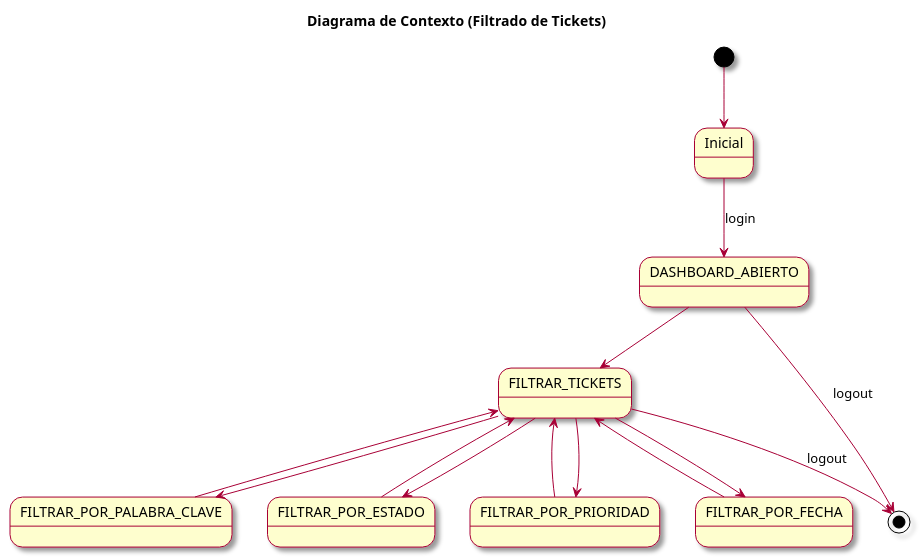
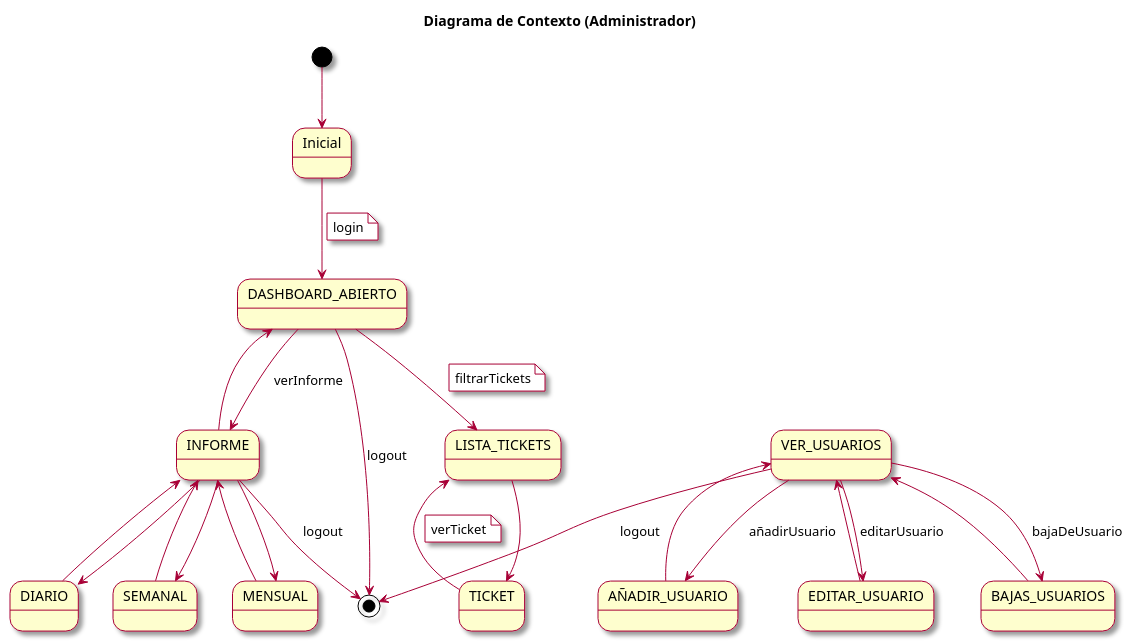
The diagram in modelosUML/DiagramaDeContexto/DiagramaDeContexto.puml (mmasias/23-24-IdSw1-SDR), drawn with PlantUML before and after one commit.

Commit message:
Actualizacion Diagrama de contexto

```diff
--- a/modelosUML/DiagramaDeContexto/DiagramaDeContexto.puml
+++ b/modelosUML/DiagramaDeContexto/DiagramaDeContexto.puml
@@ -1,23 +1,46 @@
-@startuml
+@startuml Diagrama de Contexto (Administrador)
+
 skin rose
-title Diagrama de Contexto (Filtrado de Tickets)
+skinparam note{
+  BackgroundColor white
+}
+title Diagrama de Contexto (Administrador)
 
-[*] --> Inicial
+[*] -->  Inicial
 
-Inicial -d-> DASHBOARD_ABIERTO : login
+Inicial -d-> DASHBOARD_ABIERTO
+note on link: login
 
-DASHBOARD_ABIERTO --> FILTRAR_TICKETS
+DASHBOARD_ABIERTO --> LISTA_TICKETS
+note on link: filtrarTickets
 
-FILTRAR_TICKETS <-- FILTRAR_POR_PALABRA_CLAVE
-FILTRAR_TICKETS <-- FILTRAR_POR_ESTADO
-FILTRAR_TICKETS <-- FILTRAR_POR_PRIORIDAD
-FILTRAR_TICKETS <-- FILTRAR_POR_FECHA
+LISTA_TICKETS --> TICKET
+TICKET --> LISTA_TICKETS
+note on link: verTicket
 
-FILTRAR_TICKETS --> FILTRAR_POR_PALABRA_CLAVE
-FILTRAR_TICKETS --> FILTRAR_POR_ESTADO
-FILTRAR_TICKETS --> FILTRAR_POR_PRIORIDAD
-FILTRAR_TICKETS --> FILTRAR_POR_FECHA
+VER_USUARIOS <-- AÑADIR_USUARIO
+VER_USUARIOS <-- EDITAR_USUARIO
+VER_USUARIOS <-- BAJAS_USUARIOS
+
+VER_USUARIOS --> AÑADIR_USUARIO : añadirUsuario
+VER_USUARIOS --> EDITAR_USUARIO : editarUsuario 
+VER_USUARIOS --> BAJAS_USUARIOS : bajaDeUsuario
+
+DASHBOARD_ABIERTO --> INFORME : verInforme
+DASHBOARD_ABIERTO <-- INFORME
+
+INFORME --> DIARIO
+INFORME --> SEMANAL
+INFORME --> MENSUAL
+
+INFORME <-- DIARIO
+INFORME <-- SEMANAL
+INFORME <-- MENSUAL
+
 
 DASHBOARD_ABIERTO --> [*] : logout
-FILTRAR_TICKETS --> [*] : logout
+VER_USUARIOS --> [*] : logout
+INFORME --> [*] : logout
+
+
 @enduml
```
